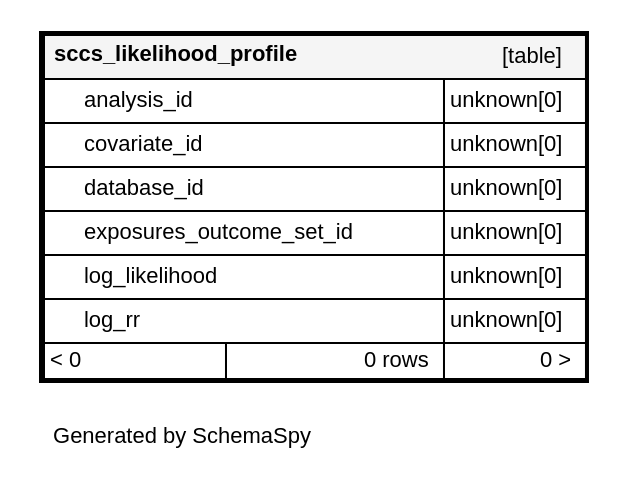
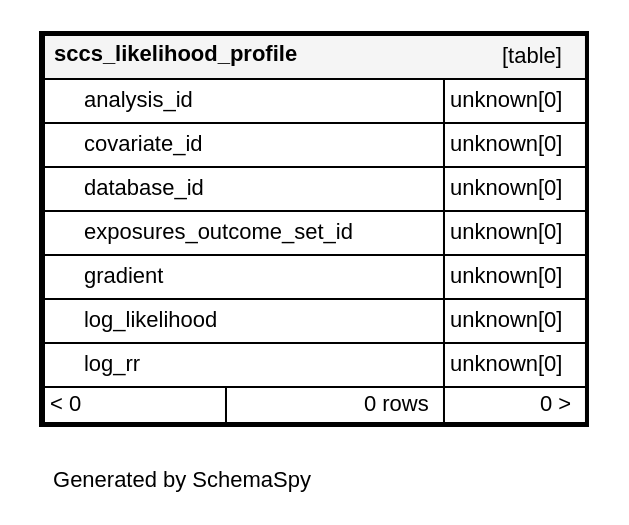
One commit to OHDSI/Strategus changed the diagram in results-schema/diagrams/tables/sccs_likelihood_profile.1degree.dot. Above: the diagram before and after it, drawn with Graphviz. The commit also changed 205 other files, not shown here.

```diff
--- a/results-schema/diagrams/tables/sccs_likelihood_profile.1degree.dot
+++ b/results-schema/diagrams/tables/sccs_likelihood_profile.1degree.dot
@@ -1,19 +1,20 @@
 digraph "oneDegreeRelationshipsDiagram" {
   graph [    rankdir="RL"    bgcolor="#ffffff"    label="\nGenerated by SchemaSpy"    labeljust="l"    nodesep="0.18"    ranksep="0.46"    fontname="Helvetica"    fontsize="11"    ration="compress"  ];  node [    fontname="Helvetica"    fontsize="11"    shape="plaintext"  ];  edge [    arrowsize="0.8"  ];
   "sccs_likelihood_profile" [
    label=<
     <TABLE BORDER="2" CELLBORDER="1" CELLSPACING="0" BGCOLOR="#ffffff">
       <TR><TD COLSPAN="4"  BGCOLOR="#f5f5f5"><TABLE BORDER="0" CELLSPACING="0"><TR><TD ALIGN="LEFT" FIXEDSIZE="TRUE" WIDTH="151" HEIGHT="16"><B>sccs_likelihood_profile</B></TD><TD ALIGN="RIGHT">[table]</TD></TR></TABLE></TD></TR>
       <TR><TD PORT="analysis_id" COLSPAN="2" ALIGN="LEFT"><TABLE BORDER="0" CELLSPACING="0" ALIGN="LEFT"><TR ALIGN="LEFT"><TD ALIGN="LEFT" FIXEDSIZE="TRUE" WIDTH="15" HEIGHT="16"></TD><TD ALIGN="LEFT" FIXEDSIZE="TRUE" WIDTH="179" HEIGHT="16">analysis_id</TD></TR></TABLE></TD><TD PORT="analysis_id.type" ALIGN="LEFT">unknown[0]</TD></TR>
       <TR><TD PORT="covariate_id" COLSPAN="2" ALIGN="LEFT"><TABLE BORDER="0" CELLSPACING="0" ALIGN="LEFT"><TR ALIGN="LEFT"><TD ALIGN="LEFT" FIXEDSIZE="TRUE" WIDTH="15" HEIGHT="16"></TD><TD ALIGN="LEFT" FIXEDSIZE="TRUE" WIDTH="179" HEIGHT="16">covariate_id</TD></TR></TABLE></TD><TD PORT="covariate_id.type" ALIGN="LEFT">unknown[0]</TD></TR>
       <TR><TD PORT="database_id" COLSPAN="2" ALIGN="LEFT"><TABLE BORDER="0" CELLSPACING="0" ALIGN="LEFT"><TR ALIGN="LEFT"><TD ALIGN="LEFT" FIXEDSIZE="TRUE" WIDTH="15" HEIGHT="16"></TD><TD ALIGN="LEFT" FIXEDSIZE="TRUE" WIDTH="179" HEIGHT="16">database_id</TD></TR></TABLE></TD><TD PORT="database_id.type" ALIGN="LEFT">unknown[0]</TD></TR>
       <TR><TD PORT="exposures_outcome_set_id" COLSPAN="2" ALIGN="LEFT"><TABLE BORDER="0" CELLSPACING="0" ALIGN="LEFT"><TR ALIGN="LEFT"><TD ALIGN="LEFT" FIXEDSIZE="TRUE" WIDTH="15" HEIGHT="16"></TD><TD ALIGN="LEFT" FIXEDSIZE="TRUE" WIDTH="179" HEIGHT="16">exposures_outcome_set_id</TD></TR></TABLE></TD><TD PORT="exposures_outcome_set_id.type" ALIGN="LEFT">unknown[0]</TD></TR>
+      <TR><TD PORT="gradient" COLSPAN="2" ALIGN="LEFT"><TABLE BORDER="0" CELLSPACING="0" ALIGN="LEFT"><TR ALIGN="LEFT"><TD ALIGN="LEFT" FIXEDSIZE="TRUE" WIDTH="15" HEIGHT="16"></TD><TD ALIGN="LEFT" FIXEDSIZE="TRUE" WIDTH="179" HEIGHT="16">gradient</TD></TR></TABLE></TD><TD PORT="gradient.type" ALIGN="LEFT">unknown[0]</TD></TR>
       <TR><TD PORT="log_likelihood" COLSPAN="2" ALIGN="LEFT"><TABLE BORDER="0" CELLSPACING="0" ALIGN="LEFT"><TR ALIGN="LEFT"><TD ALIGN="LEFT" FIXEDSIZE="TRUE" WIDTH="15" HEIGHT="16"></TD><TD ALIGN="LEFT" FIXEDSIZE="TRUE" WIDTH="179" HEIGHT="16">log_likelihood</TD></TR></TABLE></TD><TD PORT="log_likelihood.type" ALIGN="LEFT">unknown[0]</TD></TR>
       <TR><TD PORT="log_rr" COLSPAN="2" ALIGN="LEFT"><TABLE BORDER="0" CELLSPACING="0" ALIGN="LEFT"><TR ALIGN="LEFT"><TD ALIGN="LEFT" FIXEDSIZE="TRUE" WIDTH="15" HEIGHT="16"></TD><TD ALIGN="LEFT" FIXEDSIZE="TRUE" WIDTH="179" HEIGHT="16">log_rr</TD></TR></TABLE></TD><TD PORT="log_rr.type" ALIGN="LEFT">unknown[0]</TD></TR>
       <TR><TD ALIGN="LEFT" BGCOLOR="#ffffff">&lt; 0</TD><TD ALIGN="RIGHT" BGCOLOR="#ffffff">0 rows</TD><TD ALIGN="RIGHT" BGCOLOR="#ffffff">0 &gt;</TD></TR>
     </TABLE>>
     URL="../../tables/sccs_likelihood_profile.html"
     target="_top"
     tooltip="sccs_likelihood_profile"
   ];
 }
```
